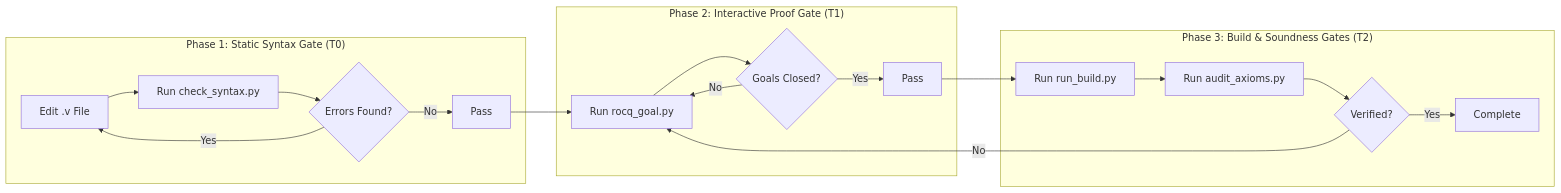
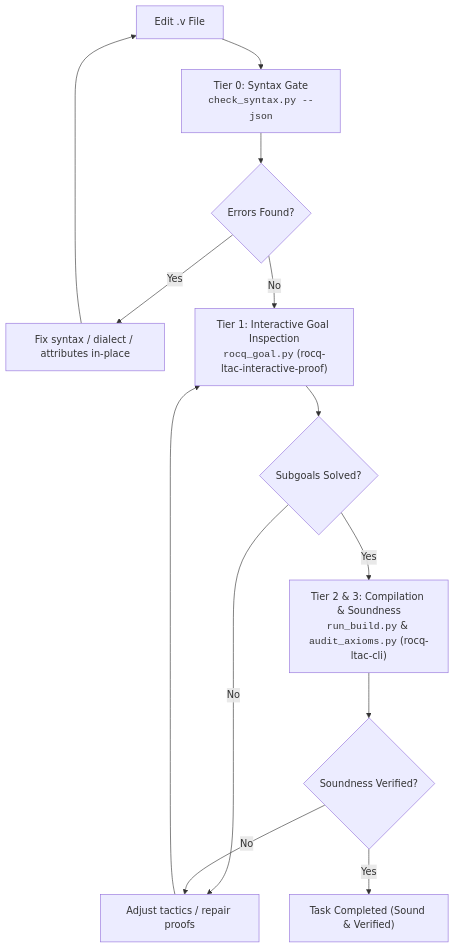
One commit to MI-1222/rocq-ltac-skills changed the second of 2 diagrams in skills/rocq-ltac-syntax/SKILL.md. Above: the diagram before and after it, drawn with Mermaid. The commit also changed other lines of this file, not shown here.

Commit message:
feat(syntax): rocq-langの内容を追加

````diff
--- a/skills/rocq-ltac-syntax/SKILL.md
+++ b/skills/rocq-ltac-syntax/SKILL.md
@@ -173,24 +253,15 @@
 ```mermaid
-graph LR
-  subgraph "Phase 1: Static Syntax Gate (T0)"
-    A[Edit .v File] --> B[Run check_syntax.py]
-    B --> C{Errors Found?}
-    C -- Yes --> A
-    C -- No --> D[Pass]
-  end
-
-  subgraph "Phase 2: Interactive Proof Gate (T1)"
-    D --> E[Run rocq_goal.py]
-    E --> F{Goals Closed?}
-    F -- No --> E
-    F -- Yes --> G[Pass]
-  end
-
-  subgraph "Phase 3: Build & Soundness Gates (T2)"
-    G --> H[Run run_build.py]
-    H --> I[Run audit_axioms.py]
-    I --> J{Verified?}
-    J -- No --> E
-    J -- Yes --> K[Complete]
-  end
+graph TD
+  A[Edit .v File] --> B["Tier 0: Syntax Gate<br/><code>check_syntax.py --json</code>"]
+  B --> C{"Errors Found?"}
+  C -- Yes --> D["Fix syntax / dialect / attributes in-place"]
+  D --> A
+  C -- No --> E["Tier 1: Interactive Goal Inspection<br/><code>rocq_goal.py</code> (rocq-ltac-interactive-proof)"]
+  E --> F{"Subgoals Solved?"}
+  F -- No --> G["Adjust tactics / repair proofs"]
+  G --> E
+  F -- Yes --> H["Tier 2 & 3: Compilation & Soundness<br/><code>run_build.py</code> & <code>audit_axioms.py</code> (rocq-ltac-cli)"]
+  H --> I{"Soundness Verified?"}
+  I -- No --> G
+  I -- Yes --> J["Task Completed (Sound & Verified)"]
 ```
````
